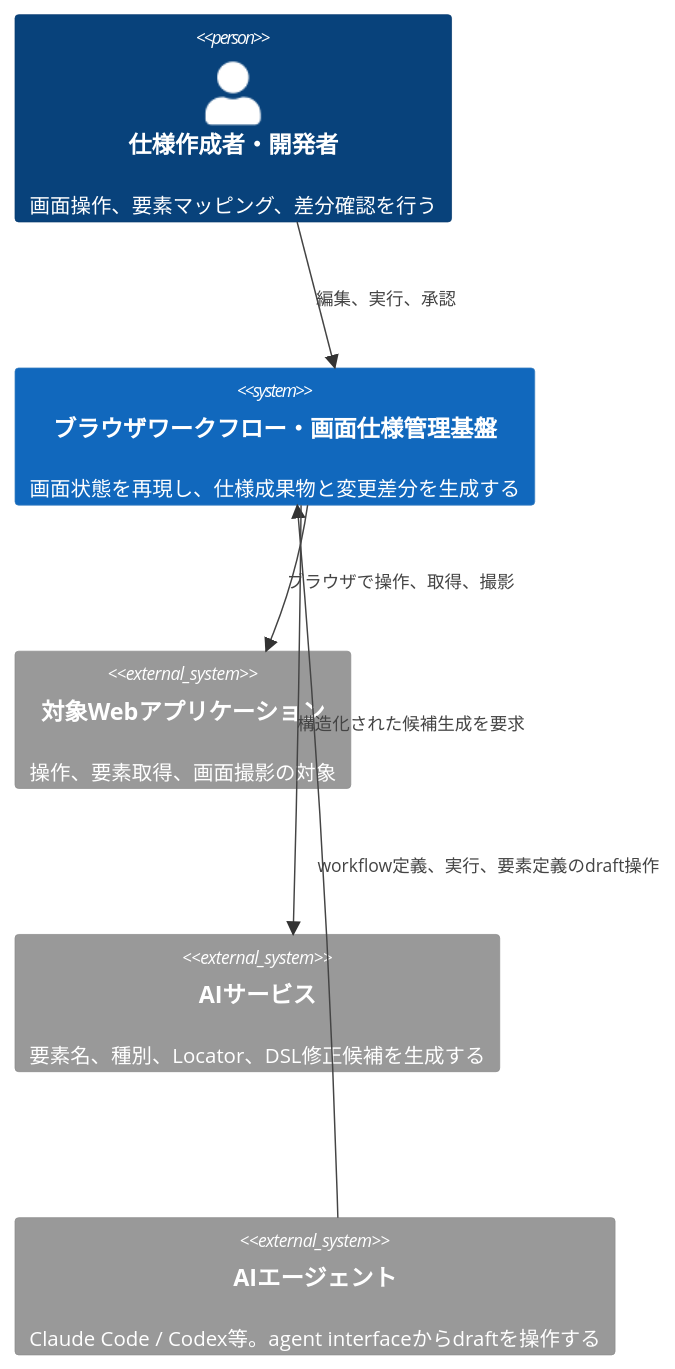
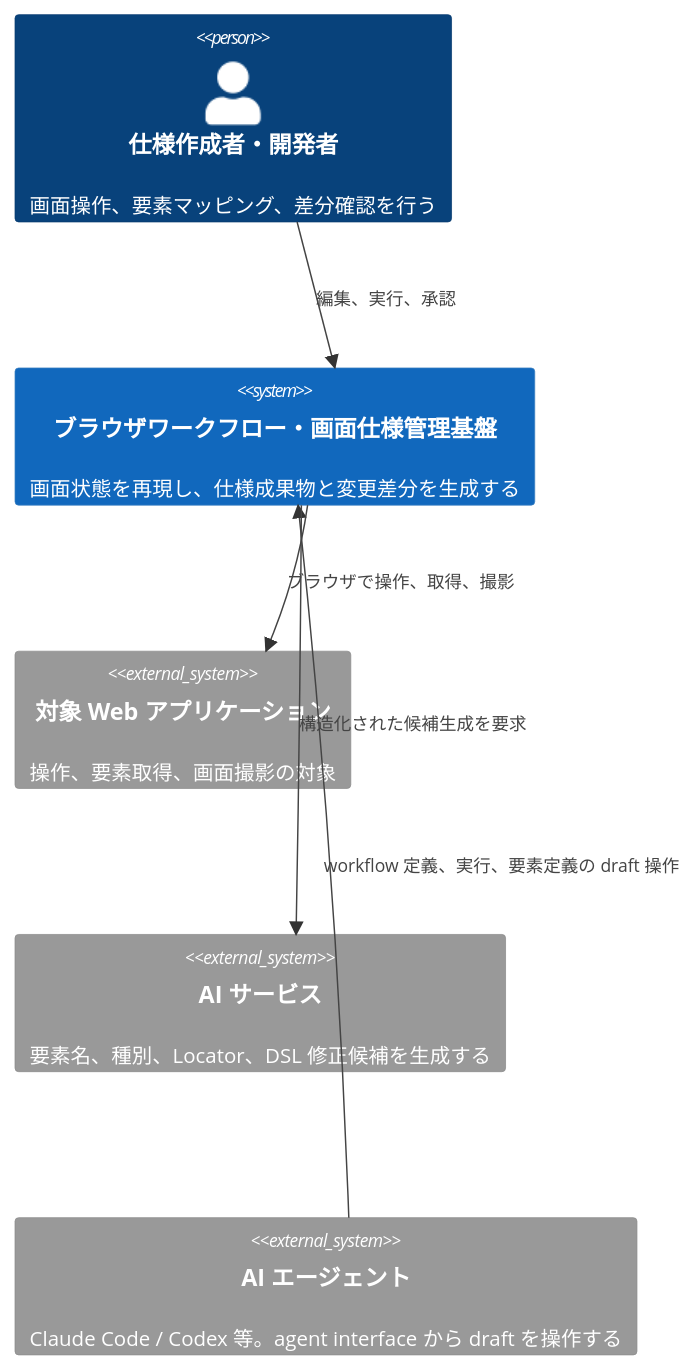
Before and after one commit to Fukuemon/screen-contract: the first of 3 diagrams in design/DesignDoc.md, drawn with Mermaid. The commit also changed other lines of this file and 9 other files, not shown here.

````diff
--- a/design/DesignDoc.md
+++ b/design/DesignDoc.md
@@ -194,12 +194,12 @@
 ```mermaid
 C4Context
     Person(user, "仕様作成者・開発者", "画面操作、要素マッピング、差分確認を行う")
     System(sys, "ブラウザワークフロー・画面仕様管理基盤", "画面状態を再現し、仕様成果物と変更差分を生成する")
-    System_Ext(target, "対象Webアプリケーション", "操作、要素取得、画面撮影の対象")
-    System_Ext(ai, "AIサービス", "要素名、種別、Locator、DSL修正候補を生成する")
-    System_Ext(agent, "AIエージェント", "Claude Code / Codex等。agent interfaceからdraftを操作する")
+    System_Ext(target, "対象 Web アプリケーション", "操作、要素取得、画面撮影の対象")
+    System_Ext(ai, "AI サービス", "要素名、種別、Locator、DSL 修正候補を生成する")
+    System_Ext(agent, "AI エージェント", "Claude Code / Codex 等。agent interface から draft を操作する")
     Rel(user, sys, "編集、実行、承認")
-    Rel(agent, sys, "workflow定義、実行、要素定義のdraft操作")
+    Rel(agent, sys, "workflow 定義、実行、要素定義の draft 操作")
     Rel(sys, target, "ブラウザで操作、取得、撮影")
     Rel(sys, ai, "構造化された候補生成を要求")
 ```
````
